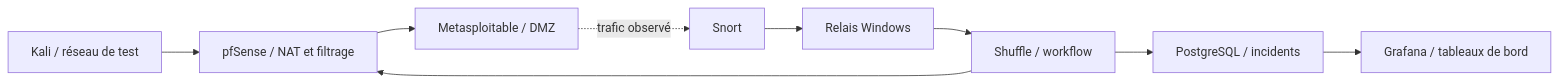
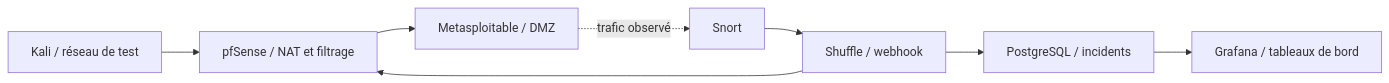
Before and after one commit to CHOURAYESSINE/PFA-SOC-SOAR: the diagram in README.md, drawn with Mermaid. The commit also changed other lines of this file and 6 other files, not shown here.

````diff
--- a/README.md
+++ b/README.md
@@ -5,11 +5,11 @@
 ```mermaid
 flowchart LR
   K[Kali / réseau de test] --> P[pfSense / NAT et filtrage]
   P --> M[Metasploitable / DMZ]
   M -. trafic observé .-> S[Snort]
-  S --> R[Relais Windows]
-  R --> W[Shuffle / workflow]
+  S --> W[Shuffle / webhook]
+
   W --> P
   W --> D[PostgreSQL / incidents]
   D --> G[Grafana / tableaux de bord]
 ```
````
